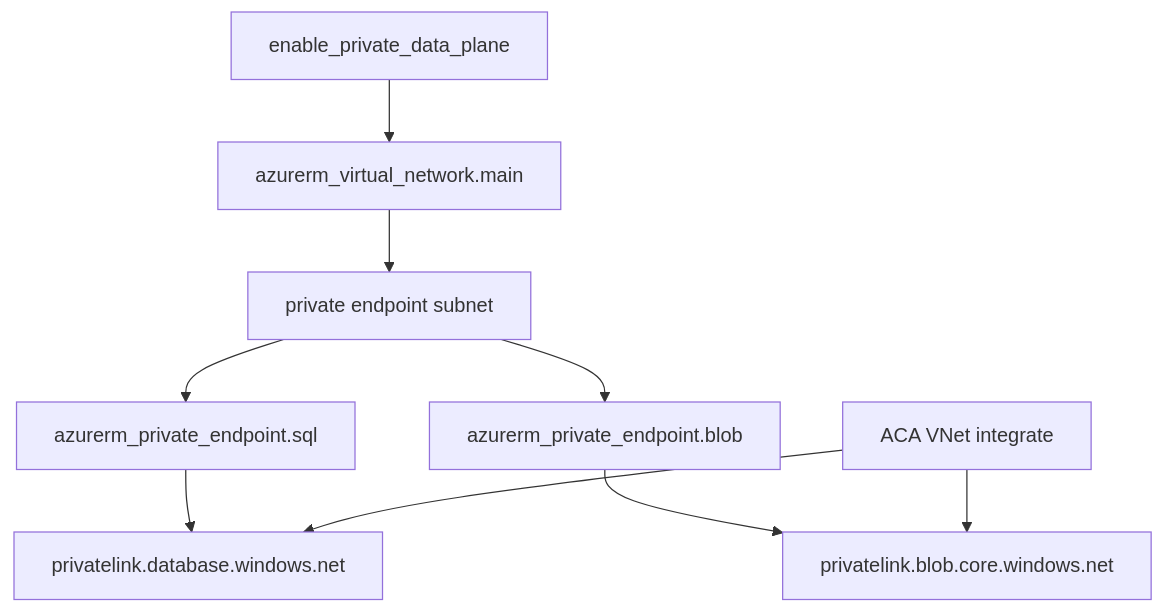
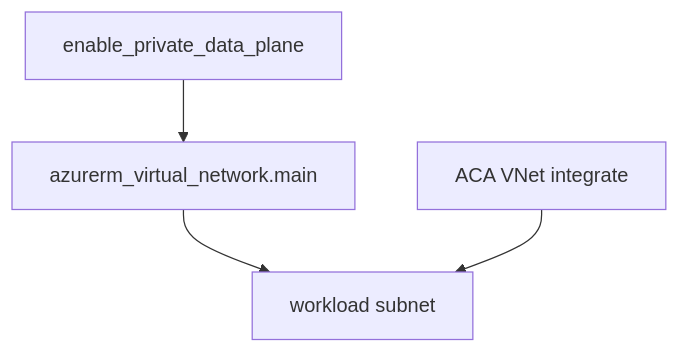
One commit to joefrancisGA/ArchLucid changed the diagram in docs/architecture/architecture_diagrams/archlucid-private-link-network.mmd. Above: the diagram before and after it, drawn with Mermaid. The commit also changed 9 other files, not shown here.

First line of the commit message:
Remove private endpoints from network diagrams only

```diff
--- a/docs/architecture/architecture_diagrams/archlucid-private-link-network.mmd
+++ b/docs/architecture/architecture_diagrams/archlucid-private-link-network.mmd
@@ -1,9 +1,4 @@
 flowchart TB
-  VNet["azurerm_virtual_network.main"] --> PESub["private endpoint subnet"]
-  PESub --> SqlPE["azurerm_private_endpoint.sql"]
-  PESub --> BlobPE["azurerm_private_endpoint.blob"]
-  SqlPE --> DnsSql["privatelink.database.windows.net"]
-  BlobPE --> DnsBlob["privatelink.blob.core.windows.net"]
-  Gate["enable_private_data_plane"] --> VNet
-  Compute["ACA VNet integrate"] --> DnsSql
-  Compute --> DnsBlob
+  Gate["enable_private_data_plane"] --> VNet["azurerm_virtual_network.main"]
+  VNet --> Subnet["workload subnet"]
+  Compute["ACA VNet integrate"] --> Subnet
```
